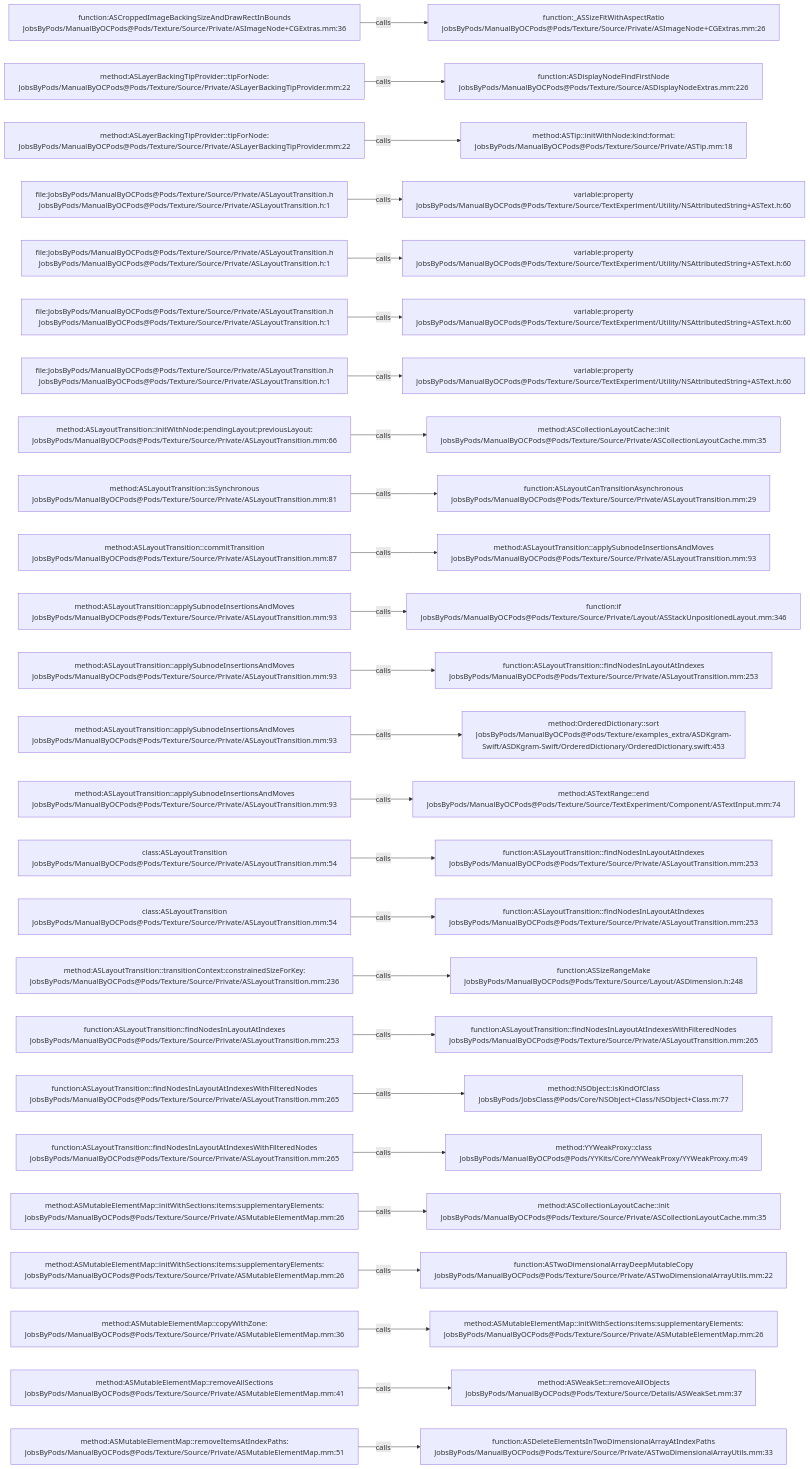
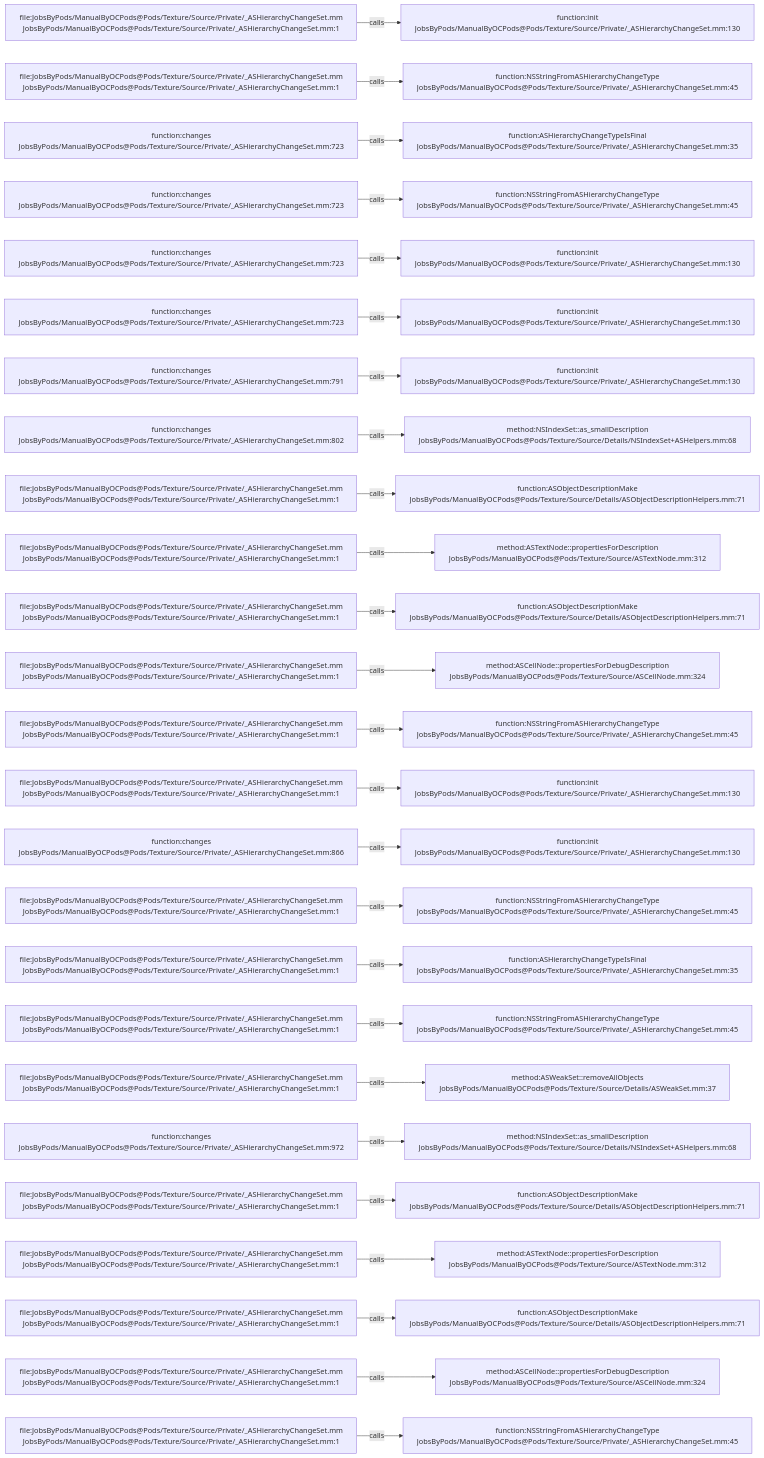
The diagram in .codegraph/codegraph.md/graphs/calls-182.md (JobsKits/JobsOCBaseConfigDemo), drawn with Mermaid before and after one commit. The commit also changed 2723 other files, not shown here.

````diff
--- a/.codegraph/codegraph.md/graphs/calls-182.md
+++ b/.codegraph/codegraph.md/graphs/calls-182.md
@@ -13,78 +13,78 @@
 ```mermaid
 flowchart LR
-  S1["function:ASCroppedImageBackingSizeAndDrawRectInBounds<br/>JobsByPods/ManualByOCPods@Pods/Texture/Source/Private/ASImageNode+CGExtras.mm:36"]
-  T1["function:_ASSizeFitWithAspectRatio<br/>JobsByPods/ManualByOCPods@Pods/Texture/Source/Private/ASImageNode+CGExtras.mm:26"]
+  S1["file:JobsByPods/ManualByOCPods@Pods/Texture/Source/Private/_ASHierarchyChangeSet.mm<br/>JobsByPods/ManualByOCPods@Pods/Texture/Source/Private/_ASHierarchyChangeSet.mm:1"]
+  T1["function:init<br/>JobsByPods/ManualByOCPods@Pods/Texture/Source/Private/_ASHierarchyChangeSet.mm:130"]
   S1 -->|calls| T1
-  S2["method:ASLayerBackingTipProvider::tipForNode:<br/>JobsByPods/ManualByOCPods@Pods/Texture/Source/Private/ASLayerBackingTipProvider.mm:22"]
-  T2["function:ASDisplayNodeFindFirstNode<br/>JobsByPods/ManualByOCPods@Pods/Texture/Source/ASDisplayNodeExtras.mm:226"]
+  S2["file:JobsByPods/ManualByOCPods@Pods/Texture/Source/Private/_ASHierarchyChangeSet.mm<br/>JobsByPods/ManualByOCPods@Pods/Texture/Source/Private/_ASHierarchyChangeSet.mm:1"]
+  T2["function:NSStringFromASHierarchyChangeType<br/>JobsByPods/ManualByOCPods@Pods/Texture/Source/Private/_ASHierarchyChangeSet.mm:45"]
   S2 -->|calls| T2
-  S3["method:ASLayerBackingTipProvider::tipForNode:<br/>JobsByPods/ManualByOCPods@Pods/Texture/Source/Private/ASLayerBackingTipProvider.mm:22"]
-  T3["method:ASTip::initWithNode:kind:format:<br/>JobsByPods/ManualByOCPods@Pods/Texture/Source/Private/ASTip.mm:18"]
+  S3["function:changes<br/>JobsByPods/ManualByOCPods@Pods/Texture/Source/Private/_ASHierarchyChangeSet.mm:723"]
+  T3["function:ASHierarchyChangeTypeIsFinal<br/>JobsByPods/ManualByOCPods@Pods/Texture/Source/Private/_ASHierarchyChangeSet.mm:35"]
   S3 -->|calls| T3
-  S4["file:JobsByPods/ManualByOCPods@Pods/Texture/Source/Private/ASLayoutTransition.h<br/>JobsByPods/ManualByOCPods@Pods/Texture/Source/Private/ASLayoutTransition.h:1"]
-  T4["variable:property<br/>JobsByPods/ManualByOCPods@Pods/Texture/Source/TextExperiment/Utility/NSAttributedString+ASText.h:60"]
+  S4["function:changes<br/>JobsByPods/ManualByOCPods@Pods/Texture/Source/Private/_ASHierarchyChangeSet.mm:723"]
+  T4["function:NSStringFromASHierarchyChangeType<br/>JobsByPods/ManualByOCPods@Pods/Texture/Source/Private/_ASHierarchyChangeSet.mm:45"]
   S4 -->|calls| T4
-  S5["file:JobsByPods/ManualByOCPods@Pods/Texture/Source/Private/ASLayoutTransition.h<br/>JobsByPods/ManualByOCPods@Pods/Texture/Source/Private/ASLayoutTransition.h:1"]
-  T5["variable:property<br/>JobsByPods/ManualByOCPods@Pods/Texture/Source/TextExperiment/Utility/NSAttributedString+ASText.h:60"]
+  S5["function:changes<br/>JobsByPods/ManualByOCPods@Pods/Texture/Source/Private/_ASHierarchyChangeSet.mm:723"]
+  T5["function:init<br/>JobsByPods/ManualByOCPods@Pods/Texture/Source/Private/_ASHierarchyChangeSet.mm:130"]
   S5 -->|calls| T5
-  S6["file:JobsByPods/ManualByOCPods@Pods/Texture/Source/Private/ASLayoutTransition.h<br/>JobsByPods/ManualByOCPods@Pods/Texture/Source/Private/ASLayoutTransition.h:1"]
-  T6["variable:property<br/>JobsByPods/ManualByOCPods@Pods/Texture/Source/TextExperiment/Utility/NSAttributedString+ASText.h:60"]
+  S6["function:changes<br/>JobsByPods/ManualByOCPods@Pods/Texture/Source/Private/_ASHierarchyChangeSet.mm:723"]
+  T6["function:init<br/>JobsByPods/ManualByOCPods@Pods/Texture/Source/Private/_ASHierarchyChangeSet.mm:130"]
   S6 -->|calls| T6
-  S7["file:JobsByPods/ManualByOCPods@Pods/Texture/Source/Private/ASLayoutTransition.h<br/>JobsByPods/ManualByOCPods@Pods/Texture/Source/Private/ASLayoutTransition.h:1"]
-  T7["variable:property<br/>JobsByPods/ManualByOCPods@Pods/Texture/Source/TextExperiment/Utility/NSAttributedString+ASText.h:60"]
+  S7["function:changes<br/>JobsByPods/ManualByOCPods@Pods/Texture/Source/Private/_ASHierarchyChangeSet.mm:791"]
+  T7["function:init<br/>JobsByPods/ManualByOCPods@Pods/Texture/Source/Private/_ASHierarchyChangeSet.mm:130"]
   S7 -->|calls| T7
-  S8["method:ASLayoutTransition::initWithNode:pendingLayout:previousLayout:<br/>JobsByPods/ManualByOCPods@Pods/Texture/Source/Private/ASLayoutTransition.mm:66"]
-  T8["method:ASCollectionLayoutCache::init<br/>JobsByPods/ManualByOCPods@Pods/Texture/Source/Private/ASCollectionLayoutCache.mm:35"]
+  S8["function:changes<br/>JobsByPods/ManualByOCPods@Pods/Texture/Source/Private/_ASHierarchyChangeSet.mm:802"]
+  T8["method:NSIndexSet::as_smallDescription<br/>JobsByPods/ManualByOCPods@Pods/Texture/Source/Details/NSIndexSet+ASHelpers.mm:68"]
   S8 -->|calls| T8
-  S9["method:ASLayoutTransition::isSynchronous<br/>JobsByPods/ManualByOCPods@Pods/Texture/Source/Private/ASLayoutTransition.mm:81"]
-  T9["function:ASLayoutCanTransitionAsynchronous<br/>JobsByPods/ManualByOCPods@Pods/Texture/Source/Private/ASLayoutTransition.mm:29"]
+  S9["file:JobsByPods/ManualByOCPods@Pods/Texture/Source/Private/_ASHierarchyChangeSet.mm<br/>JobsByPods/ManualByOCPods@Pods/Texture/Source/Private/_ASHierarchyChangeSet.mm:1"]
+  T9["function:ASObjectDescriptionMake<br/>JobsByPods/ManualByOCPods@Pods/Texture/Source/Details/ASObjectDescriptionHelpers.mm:71"]
   S9 -->|calls| T9
-  S10["method:ASLayoutTransition::commitTransition<br/>JobsByPods/ManualByOCPods@Pods/Texture/Source/Private/ASLayoutTransition.mm:87"]
-  T10["method:ASLayoutTransition::applySubnodeInsertionsAndMoves<br/>JobsByPods/ManualByOCPods@Pods/Texture/Source/Private/ASLayoutTransition.mm:93"]
+  S10["file:JobsByPods/ManualByOCPods@Pods/Texture/Source/Private/_ASHierarchyChangeSet.mm<br/>JobsByPods/ManualByOCPods@Pods/Texture/Source/Private/_ASHierarchyChangeSet.mm:1"]
+  T10["method:ASTextNode::propertiesForDescription<br/>JobsByPods/ManualByOCPods@Pods/Texture/Source/ASTextNode.mm:312"]
   S10 -->|calls| T10
-  S11["method:ASLayoutTransition::applySubnodeInsertionsAndMoves<br/>JobsByPods/ManualByOCPods@Pods/Texture/Source/Private/ASLayoutTransition.mm:93"]
-  T11["function:if<br/>JobsByPods/ManualByOCPods@Pods/Texture/Source/Private/Layout/ASStackUnpositionedLayout.mm:346"]
+  S11["file:JobsByPods/ManualByOCPods@Pods/Texture/Source/Private/_ASHierarchyChangeSet.mm<br/>JobsByPods/ManualByOCPods@Pods/Texture/Source/Private/_ASHierarchyChangeSet.mm:1"]
+  T11["function:ASObjectDescriptionMake<br/>JobsByPods/ManualByOCPods@Pods/Texture/Source/Details/ASObjectDescriptionHelpers.mm:71"]
   S11 -->|calls| T11
-  S12["method:ASLayoutTransition::applySubnodeInsertionsAndMoves<br/>JobsByPods/ManualByOCPods@Pods/Texture/Source/Private/ASLayoutTransition.mm:93"]
-  T12["function:ASLayoutTransition::findNodesInLayoutAtIndexes<br/>JobsByPods/ManualByOCPods@Pods/Texture/Source/Private/ASLayoutTransition.mm:253"]
+  S12["file:JobsByPods/ManualByOCPods@Pods/Texture/Source/Private/_ASHierarchyChangeSet.mm<br/>JobsByPods/ManualByOCPods@Pods/Texture/Source/Private/_ASHierarchyChangeSet.mm:1"]
+  T12["method:ASCellNode::propertiesForDebugDescription<br/>JobsByPods/ManualByOCPods@Pods/Texture/Source/ASCellNode.mm:324"]
   S12 -->|calls| T12
-  S13["method:ASLayoutTransition::applySubnodeInsertionsAndMoves<br/>JobsByPods/ManualByOCPods@Pods/Texture/Source/Private/ASLayoutTransition.mm:93"]
-  T13["method:OrderedDictionary::sort<br/>JobsByPods/ManualByOCPods@Pods/Texture/examples_extra/ASDKgram-Swift/ASDKgram-Swift/OrderedDictionary/OrderedDictionary.swift:453"]
+  S13["file:JobsByPods/ManualByOCPods@Pods/Texture/Source/Private/_ASHierarchyChangeSet.mm<br/>JobsByPods/ManualByOCPods@Pods/Texture/Source/Private/_ASHierarchyChangeSet.mm:1"]
+  T13["function:NSStringFromASHierarchyChangeType<br/>JobsByPods/ManualByOCPods@Pods/Texture/Source/Private/_ASHierarchyChangeSet.mm:45"]
   S13 -->|calls| T13
-  S14["method:ASLayoutTransition::applySubnodeInsertionsAndMoves<br/>JobsByPods/ManualByOCPods@Pods/Texture/Source/Private/ASLayoutTransition.mm:93"]
-  T14["method:ASTextRange::end<br/>JobsByPods/ManualByOCPods@Pods/Texture/Source/TextExperiment/Component/ASTextInput.mm:74"]
+  S14["file:JobsByPods/ManualByOCPods@Pods/Texture/Source/Private/_ASHierarchyChangeSet.mm<br/>JobsByPods/ManualByOCPods@Pods/Texture/Source/Private/_ASHierarchyChangeSet.mm:1"]
+  T14["function:init<br/>JobsByPods/ManualByOCPods@Pods/Texture/Source/Private/_ASHierarchyChangeSet.mm:130"]
   S14 -->|calls| T14
-  S15["class:ASLayoutTransition<br/>JobsByPods/ManualByOCPods@Pods/Texture/Source/Private/ASLayoutTransition.mm:54"]
-  T15["function:ASLayoutTransition::findNodesInLayoutAtIndexes<br/>JobsByPods/ManualByOCPods@Pods/Texture/Source/Private/ASLayoutTransition.mm:253"]
+  S15["function:changes<br/>JobsByPods/ManualByOCPods@Pods/Texture/Source/Private/_ASHierarchyChangeSet.mm:866"]
+  T15["function:init<br/>JobsByPods/ManualByOCPods@Pods/Texture/Source/Private/_ASHierarchyChangeSet.mm:130"]
   S15 -->|calls| T15
-  S16["class:ASLayoutTransition<br/>JobsByPods/ManualByOCPods@Pods/Texture/Source/Private/ASLayoutTransition.mm:54"]
-  T16["function:ASLayoutTransition::findNodesInLayoutAtIndexes<br/>JobsByPods/ManualByOCPods@Pods/Texture/Source/Private/ASLayoutTransition.mm:253"]
+  S16["file:JobsByPods/ManualByOCPods@Pods/Texture/Source/Private/_ASHierarchyChangeSet.mm<br/>JobsByPods/ManualByOCPods@Pods/Texture/Source/Private/_ASHierarchyChangeSet.mm:1"]
+  T16["function:NSStringFromASHierarchyChangeType<br/>JobsByPods/ManualByOCPods@Pods/Texture/Source/Private/_ASHierarchyChangeSet.mm:45"]
   S16 -->|calls| T16
-  S17["method:ASLayoutTransition::transitionContext:constrainedSizeForKey:<br/>JobsByPods/ManualByOCPods@Pods/Texture/Source/Private/ASLayoutTransition.mm:236"]
-  T17["function:ASSizeRangeMake<br/>JobsByPods/ManualByOCPods@Pods/Texture/Source/Layout/ASDimension.h:248"]
+  S17["file:JobsByPods/ManualByOCPods@Pods/Texture/Source/Private/_ASHierarchyChangeSet.mm<br/>JobsByPods/ManualByOCPods@Pods/Texture/Source/Private/_ASHierarchyChangeSet.mm:1"]
+  T17["function:ASHierarchyChangeTypeIsFinal<br/>JobsByPods/ManualByOCPods@Pods/Texture/Source/Private/_ASHierarchyChangeSet.mm:35"]
   S17 -->|calls| T17
-  S18["function:ASLayoutTransition::findNodesInLayoutAtIndexes<br/>JobsByPods/ManualByOCPods@Pods/Texture/Source/Private/ASLayoutTransition.mm:253"]
-  T18["function:ASLayoutTransition::findNodesInLayoutAtIndexesWithFilteredNodes<br/>JobsByPods/ManualByOCPods@Pods/Texture/Source/Private/ASLayoutTransition.mm:265"]
+  S18["file:JobsByPods/ManualByOCPods@Pods/Texture/Source/Private/_ASHierarchyChangeSet.mm<br/>JobsByPods/ManualByOCPods@Pods/Texture/Source/Private/_ASHierarchyChangeSet.mm:1"]
+  T18["function:NSStringFromASHierarchyChangeType<br/>JobsByPods/ManualByOCPods@Pods/Texture/Source/Private/_ASHierarchyChangeSet.mm:45"]
   S18 -->|calls| T18
-  S19["function:ASLayoutTransition::findNodesInLayoutAtIndexesWithFilteredNodes<br/>JobsByPods/ManualByOCPods@Pods/Texture/Source/Private/ASLayoutTransition.mm:265"]
-  T19["method:NSObject::isKindOfClass<br/>JobsByPods/JobsClass@Pods/Core/NSObject+Class/NSObject+Class.m:77"]
+  S19["file:JobsByPods/ManualByOCPods@Pods/Texture/Source/Private/_ASHierarchyChangeSet.mm<br/>JobsByPods/ManualByOCPods@Pods/Texture/Source/Private/_ASHierarchyChangeSet.mm:1"]
+  T19["method:ASWeakSet::removeAllObjects<br/>JobsByPods/ManualByOCPods@Pods/Texture/Source/Details/ASWeakSet.mm:37"]
   S19 -->|calls| T19
-  S20["function:ASLayoutTransition::findNodesInLayoutAtIndexesWithFilteredNodes<br/>JobsByPods/ManualByOCPods@Pods/Texture/Source/Private/ASLayoutTransition.mm:265"]
-  T20["method:YYWeakProxy::class<br/>JobsByPods/ManualByOCPods@Pods/YYKits/Core/YYWeakProxy/YYWeakProxy.m:49"]
+  S20["function:changes<br/>JobsByPods/ManualByOCPods@Pods/Texture/Source/Private/_ASHierarchyChangeSet.mm:972"]
+  T20["method:NSIndexSet::as_smallDescription<br/>JobsByPods/ManualByOCPods@Pods/Texture/Source/Details/NSIndexSet+ASHelpers.mm:68"]
   S20 -->|calls| T20
-  S21["method:ASMutableElementMap::initWithSections:items:supplementaryElements:<br/>JobsByPods/ManualByOCPods@Pods/Texture/Source/Private/ASMutableElementMap.mm:26"]
-  T21["method:ASCollectionLayoutCache::init<br/>JobsByPods/ManualByOCPods@Pods/Texture/Source/Private/ASCollectionLayoutCache.mm:35"]
+  S21["file:JobsByPods/ManualByOCPods@Pods/Texture/Source/Private/_ASHierarchyChangeSet.mm<br/>JobsByPods/ManualByOCPods@Pods/Texture/Source/Private/_ASHierarchyChangeSet.mm:1"]
+  T21["function:ASObjectDescriptionMake<br/>JobsByPods/ManualByOCPods@Pods/Texture/Source/Details/ASObjectDescriptionHelpers.mm:71"]
   S21 -->|calls| T21
-  S22["method:ASMutableElementMap::initWithSections:items:supplementaryElements:<br/>JobsByPods/ManualByOCPods@Pods/Texture/Source/Private/ASMutableElementMap.mm:26"]
-  T22["function:ASTwoDimensionalArrayDeepMutableCopy<br/>JobsByPods/ManualByOCPods@Pods/Texture/Source/Private/ASTwoDimensionalArrayUtils.mm:22"]
+  S22["file:JobsByPods/ManualByOCPods@Pods/Texture/Source/Private/_ASHierarchyChangeSet.mm<br/>JobsByPods/ManualByOCPods@Pods/Texture/Source/Private/_ASHierarchyChangeSet.mm:1"]
+  T22["method:ASTextNode::propertiesForDescription<br/>JobsByPods/ManualByOCPods@Pods/Texture/Source/ASTextNode.mm:312"]
   S22 -->|calls| T22
-  S23["method:ASMutableElementMap::copyWithZone:<br/>JobsByPods/ManualByOCPods@Pods/Texture/Source/Private/ASMutableElementMap.mm:36"]
-  T23["method:ASMutableElementMap::initWithSections:items:supplementaryElements:<br/>JobsByPods/ManualByOCPods@Pods/Texture/Source/Private/ASMutableElementMap.mm:26"]
+  S23["file:JobsByPods/ManualByOCPods@Pods/Texture/Source/Private/_ASHierarchyChangeSet.mm<br/>JobsByPods/ManualByOCPods@Pods/Texture/Source/Private/_ASHierarchyChangeSet.mm:1"]
+  T23["function:ASObjectDescriptionMake<br/>JobsByPods/ManualByOCPods@Pods/Texture/Source/Details/ASObjectDescriptionHelpers.mm:71"]
   S23 -->|calls| T23
-  S24["method:ASMutableElementMap::removeAllSections<br/>JobsByPods/ManualByOCPods@Pods/Texture/Source/Private/ASMutableElementMap.mm:41"]
-  T24["method:ASWeakSet::removeAllObjects<br/>JobsByPods/ManualByOCPods@Pods/Texture/Source/Details/ASWeakSet.mm:37"]
+  S24["file:JobsByPods/ManualByOCPods@Pods/Texture/Source/Private/_ASHierarchyChangeSet.mm<br/>JobsByPods/ManualByOCPods@Pods/Texture/Source/Private/_ASHierarchyChangeSet.mm:1"]
+  T24["method:ASCellNode::propertiesForDebugDescription<br/>JobsByPods/ManualByOCPods@Pods/Texture/Source/ASCellNode.mm:324"]
   S24 -->|calls| T24
-  S25["method:ASMutableElementMap::removeItemsAtIndexPaths:<br/>JobsByPods/ManualByOCPods@Pods/Texture/Source/Private/ASMutableElementMap.mm:51"]
-  T25["function:ASDeleteElementsInTwoDimensionalArrayAtIndexPaths<br/>JobsByPods/ManualByOCPods@Pods/Texture/Source/Private/ASTwoDimensionalArrayUtils.mm:33"]
+  S25["file:JobsByPods/ManualByOCPods@Pods/Texture/Source/Private/_ASHierarchyChangeSet.mm<br/>JobsByPods/ManualByOCPods@Pods/Texture/Source/Private/_ASHierarchyChangeSet.mm:1"]
+  T25["function:NSStringFromASHierarchyChangeType<br/>JobsByPods/ManualByOCPods@Pods/Texture/Source/Private/_ASHierarchyChangeSet.mm:45"]
   S25 -->|calls| T25
 ```
````
